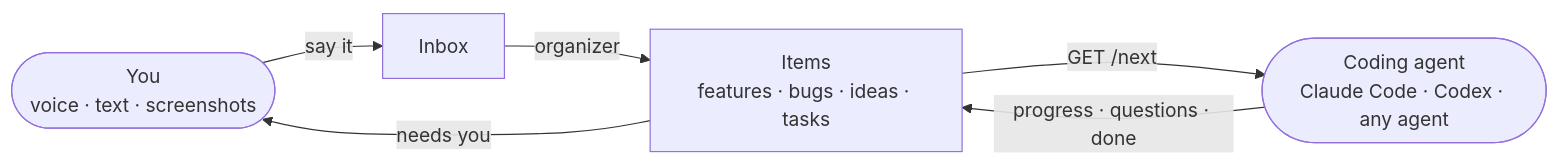
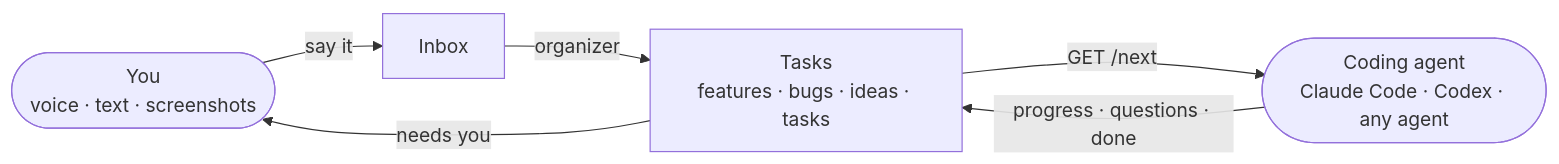
The diagram in README.md (ralphite/taska), drawn with Mermaid before and after one commit. The commit also changed other lines of this file and 688 other files, not shown here.

````diff
--- a/README.md
+++ b/README.md
@@ -81,8 +81,8 @@
 ```mermaid
 flowchart LR
     You(["You<br/>voice · text · screenshots"]) -->|say it| Inbox[Inbox]
-    Inbox -->|organizer| Items[Items<br/>features · bugs · ideas · tasks]
-    Items -->|GET /next| Agent(["Coding agent<br/>Claude Code · Codex · any agent"])
-    Agent -->|progress · questions · done| Items
-    Items -->|needs you| You
+    Inbox -->|organizer| Tasks[Tasks<br/>features · bugs · ideas · tasks]
+    Tasks -->|GET /next| Agent(["Coding agent<br/>Claude Code · Codex · any agent"])
+    Agent -->|progress · questions · done| Tasks
+    Tasks -->|needs you| You
 ```
````
